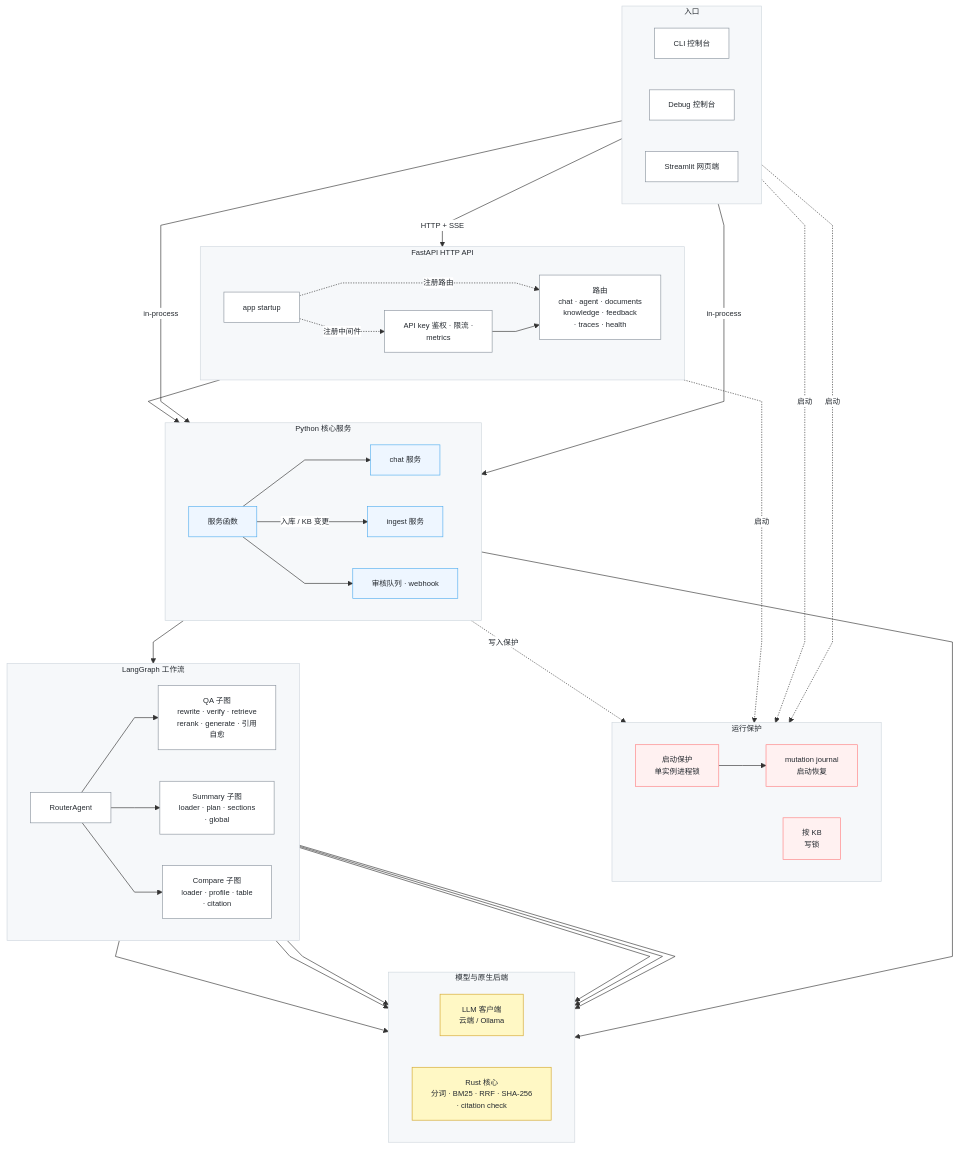
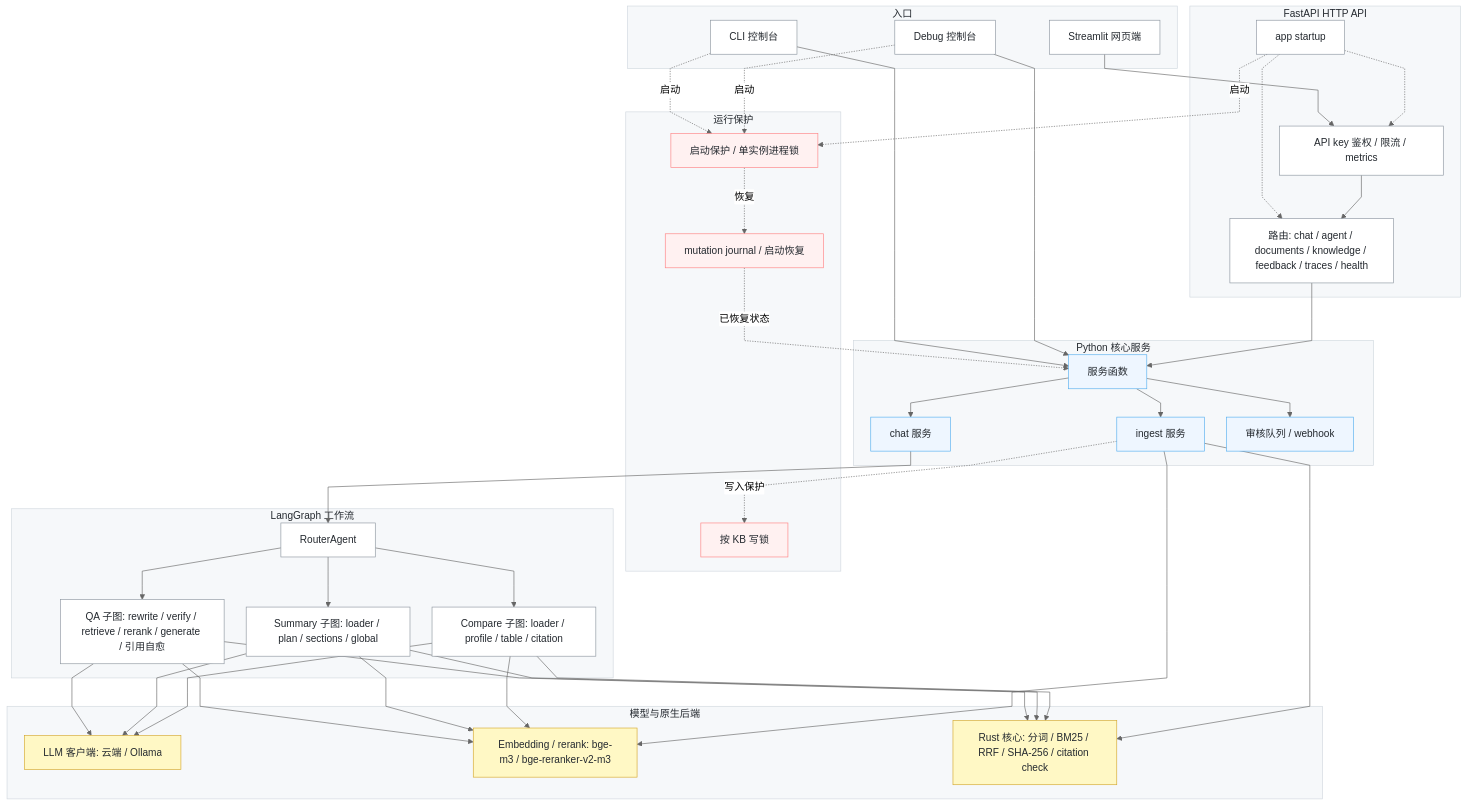
The first of 4 diagrams in docs/README_zh-CN.md (insygna-research/census-jikongabc-CogDoc), drawn with Mermaid before and after one commit. The commit also changed other lines of this file and 1 other file, not shown here.

````diff
--- a/docs/README_zh-CN.md
+++ b/docs/README_zh-CN.md
@@ -169,79 +169,84 @@
 ```mermaid
-%%{init: {"theme":"base","htmlLabels":true,"flowchart":{"curve":"linear","nodeSpacing":50,"rankSpacing":50,"padding":15,"useMaxWidth":true},"themeVariables":{"fontSize":"12px","fontFamily":"Times New Roman, Times, serif","clusterBkg":"#f6f8fa","clusterBorder":"#d0d7de","lineColor":"#333333","primaryColor":"#ffffff","primaryBorderColor":"#8c959f","primaryTextColor":"#24292f"}}}%%
-flowchart TB
+%%{init: {"theme":"neutral","flowchart":{"curve":"linear","nodeSpacing":35,"rankSpacing":45}}}%%
+flowchart TD
     classDef node fill:#ffffff,stroke:#8c959f,stroke-width:1px,color:#24292f
     classDef core fill:#eef6ff,stroke:#54aeef,stroke-width:1px,color:#24292f
     classDef guard fill:#fff1f1,stroke:#ff8182,stroke-width:1px,color:#24292f
     classDef native fill:#fff8c5,stroke:#d4a72c,stroke-width:1px,color:#24292f
+
     subgraph ENTRY["入口"]
-        direction LR
         CLI["CLI 控制台"]
         DEBUG["Debug 控制台"]
         WEB["Streamlit 网页端"]
     end
 
     subgraph HTTP["FastAPI HTTP API"]
-        direction LR
         APISTART["app startup"]
-        ACCESS["API key 鉴权 · 限流 ·<br/>metrics"]
-        ROUTES["路由<br/>chat · agent · documents<br/>knowledge · feedback<br/>· traces · health"]
-        APISTART -. 注册中间件 .-> ACCESS
-        APISTART -. 注册路由 .-> ROUTES
-        ACCESS --> ROUTES
+        ACCESS["API key 鉴权 / 限流 / metrics"]
+        ROUTES["路由: chat / agent / documents / knowledge / feedback / traces / health"]
     end
 
     subgraph CORE["Python 核心服务"]
-        direction LR
         SERVICE["服务函数"]
         CHAT["chat 服务"]
         INGEST["ingest 服务"]
-        REVIEW["审核队列 · webhook"]
-        SERVICE --> CHAT
-        SERVICE -->|"入库 / KB 变更"| INGEST
-        SERVICE --> REVIEW
+        REVIEW["审核队列 / webhook"]
     end
 
     subgraph SAFETY["运行保护"]
-        direction LR
-        PROCLOCK["启动保护<br/>单实例进程锁"]
-        JOURNAL["mutation journal<br/>启动恢复"]
-        KBLOCK["按 KB<br/>写锁"]
-        PROCLOCK --> JOURNAL
+        PROCLOCK["启动保护 / 单实例进程锁"]
+        JOURNAL["mutation journal / 启动恢复"]
+        KBLOCK["按 KB 写锁"]
     end
 
     subgraph GRAPH["LangGraph 工作流"]
-        direction LR
         ROUTER["RouterAgent"]
-        QA["QA 子图<br/>rewrite · verify · retrieve<br/>rerank · generate · 引用<br/>自愈"]
-        SUMMARY["Summary 子图<br/>loader · plan · sections<br/>· global"]
-        COMPARE["Compare 子图<br/>loader · profile · table<br/>· citation"]
-        ROUTER --> QA
-        ROUTER --> SUMMARY
-        ROUTER --> COMPARE
+        QA["QA 子图: rewrite / verify / retrieve / rerank / generate / 引用自愈"]
+        SUMMARY["Summary 子图: loader / plan / sections / global"]
+        COMPARE["Compare 子图: loader / profile / table / citation"]
     end
 
     subgraph BACKENDS["模型与原生后端"]
-        direction LR
-        LLM["LLM 客户端<br/>云端 / Ollama"]
-        RUST["Rust 核心<br/>分词 · BM25 · RRF · SHA-256<br/>· citation check"]
+        LLM["LLM 客户端: 云端 / Ollama"]
+        EMB["Embedding / rerank: bge-m3 / bge-reranker-v2-m3"]
+        RUST["Rust 核心: 分词 / BM25 / RRF / SHA-256 / citation check"]
     end
 
-    CLI -->|"in-process"| SERVICE
-    DEBUG -->|"in-process"| SERVICE
-    WEB -->|"HTTP + SSE"| ACCESS
+    CLI --> SERVICE
+    DEBUG --> SERVICE
+    WEB --> ACCESS
+    APISTART -.-> ACCESS
+    APISTART -.-> ROUTES
+    ACCESS --> ROUTES
     ROUTES --> SERVICE
-    CLI -. 启动 .-> PROCLOCK
-    DEBUG -. 启动 .-> PROCLOCK
-    APISTART -. 启动 .-> PROCLOCK
-    INGEST -. 写入保护 .-> KBLOCK
+
+    SERVICE --> CHAT
+    SERVICE --> INGEST
+    SERVICE --> REVIEW
+
     CHAT --> ROUTER
-    INGEST --> RUST
+    ROUTER --> QA
+    ROUTER --> SUMMARY
+    ROUTER --> COMPARE
+
     QA --> LLM
     SUMMARY --> LLM
     COMPARE --> LLM
     QA --> RUST
     SUMMARY --> RUST
     COMPARE --> RUST
+    QA --> EMB
+    SUMMARY --> EMB
+    COMPARE --> EMB
+    INGEST --> RUST
+    INGEST --> EMB
+
+    CLI -. 启动 .-> PROCLOCK
+    DEBUG -. 启动 .-> PROCLOCK
+    APISTART -. 启动 .-> PROCLOCK
+    PROCLOCK -. 恢复 .-> JOURNAL
+    JOURNAL -. 已恢复状态 .-> SERVICE
+    INGEST -. 写入保护 .-> KBLOCK
 
     style ENTRY fill:#f6f8fa,stroke:#d0d7de,stroke-width:1px,color:#24292f
     style HTTP fill:#f6f8fa,stroke:#d0d7de,stroke-width:1px,color:#24292f
@@ -249,8 +254,8 @@
     style SAFETY fill:#f6f8fa,stroke:#d0d7de,stroke-width:1px,color:#24292f
     style GRAPH fill:#f6f8fa,stroke:#d0d7de,stroke-width:1px,color:#24292f
     style BACKENDS fill:#f6f8fa,stroke:#d0d7de,stroke-width:1px,color:#24292f
-    class CLI,DEBUG,WEB,APISTART,ROUTES,ACCESS,SERVICE,CHAT,INGEST,REVIEW,ROUTER,QA,SUMMARY,COMPARE node
+    class CLI,DEBUG,WEB,APISTART,ROUTES,ACCESS,ROUTER,QA,SUMMARY,COMPARE node
     class SERVICE,CHAT,INGEST,REVIEW core
     class PROCLOCK,JOURNAL,KBLOCK guard
-    class LLM,RUST native
+    class LLM,RUST,EMB native
 ```
````
